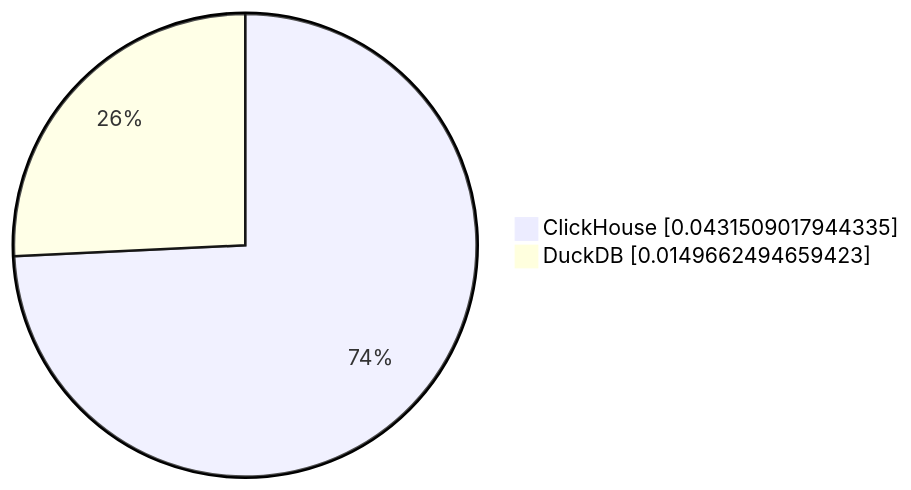
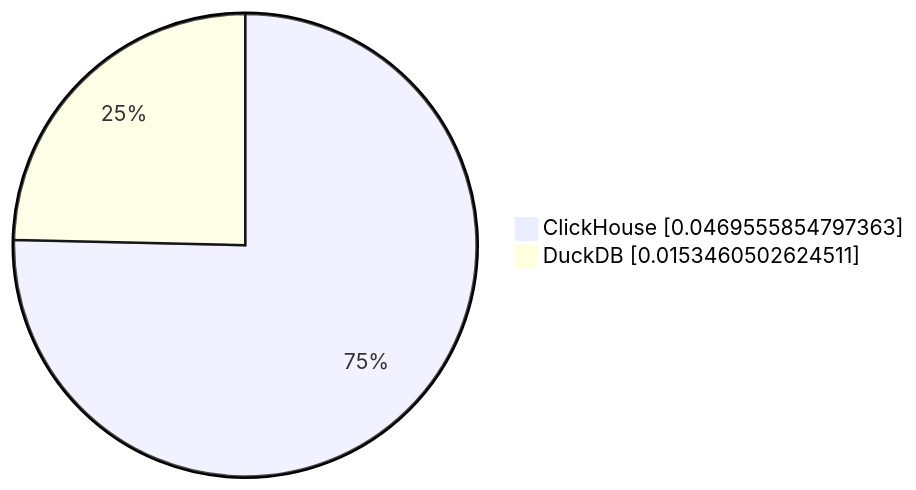
The sixth of 10 diagrams in parquet/performance/results/README.md (Altinity/clickhouse-regression), drawn with Mermaid before and after one commit. The commit also changed other lines of this file and 3 other files, not shown here.

````diff
--- a/parquet/performance/results/README.md
+++ b/parquet/performance/results/README.md
@@ -58,5 +58,5 @@
 ```mermaid
      pie showData
-         "ClickHouse" : 0.0431509017944335
-         "DuckDB" : 0.0149662494659423
+         "ClickHouse" : 0.0469555854797363
+         "DuckDB" : 0.0153460502624511
 ```
````
